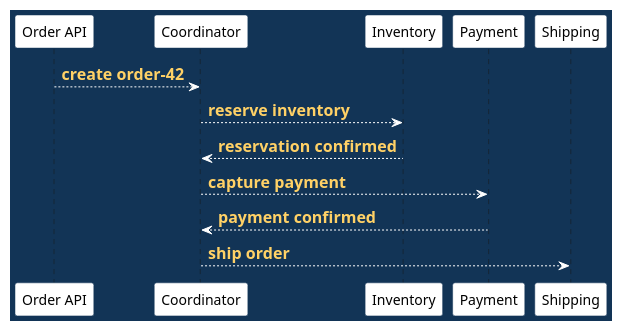
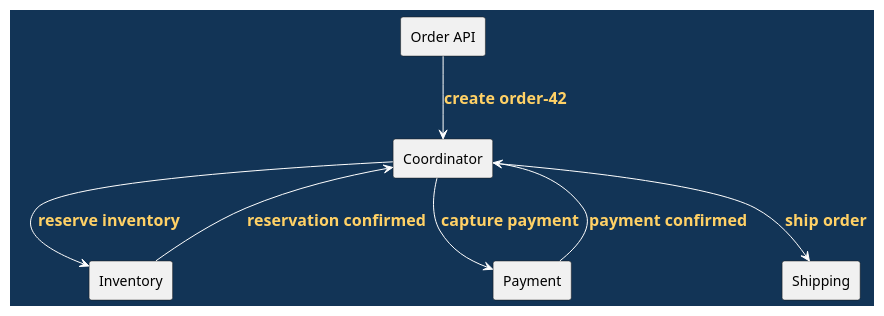
The fifth of 16 diagrams in doc/lectures/week5/coordination_patterns/README.slides.adoc (madajaju/CS5254), drawn with PlantUML before and after one commit. The commit also changed other lines of this file and 74 other files, not shown here.

```diff
--- a/doc/lectures/week5/coordination_patterns/README.slides.adoc
+++ b/doc/lectures/week5/coordination_patterns/README.slides.adoc
@@ -179,30 +179,30 @@
 [plantuml,width=100%]
 ----
 @startuml
 skinparam BackgroundColor #123456
 skinparam DefaultFontColor black
 skinparam ArrowColor white
 skinparam ArrowFontColor #ffd166
 skinparam ArrowFontStyle bold
 skinparam ArrowFontSize 16
 skinparam shadowing false
 skinparam LifeLineBorderColor white
 skinparam LifeLineBackgroundColor white
 skinparam ParticipantBorderColor #123456
 skinparam ParticipantBackgroundColor white
 skinparam ParticipantFontColor black
 
-participant "Order API" as API
-participant "Coordinator" as C
-participant "Inventory" as I
-participant "Payment" as P
-participant "Shipping" as S
+rectangle "Order API" as API
+rectangle "Coordinator" as C
+rectangle "Inventory" as I
+rectangle "Payment" as P
+rectangle "Shipping" as S
 
 API --> C : create order-42
 C --> I : reserve inventory
 I --> C : reservation confirmed
 C --> P : capture payment
 P --> C : payment confirmed
 C --> S : ship order
 @enduml
 ----
```
